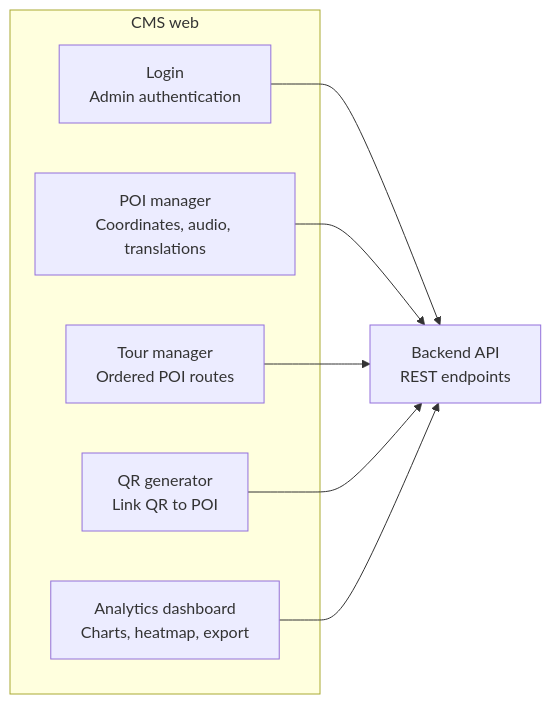
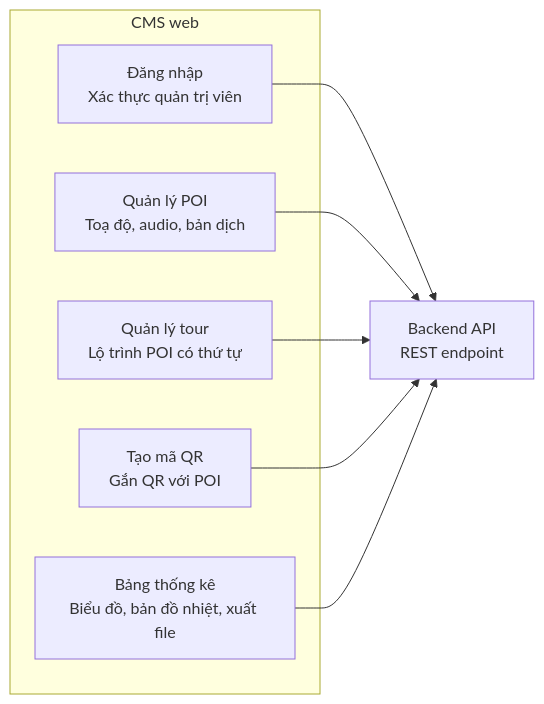
Before and after one commit to AiraLeFatale/CongNghePhanMem_Project: the fourth of 6 diagrams in README.md, drawn with Mermaid. The commit also changed other lines of this file and 11 other files, not shown here.

````diff
--- a/README.md
+++ b/README.md
@@ -116,17 +118,17 @@
 ```mermaid
 flowchart LR
     subgraph CMS["CMS web"]
-        LOGIN["Login<br/>Admin authentication"]
-        POI["POI manager<br/>Coordinates, audio, translations"]
-        TOUR["Tour manager<br/>Ordered POI routes"]
-        QRGEN["QR generator<br/>Link QR to POI"]
-        DASH["Analytics dashboard<br/>Charts, heatmap, export"]
+        LOGIN["Đăng nhập<br/>Xác thực quản trị viên"]
+        POI["Quản lý POI<br/>Toạ độ, audio, bản dịch"]
+        TOUR["Quản lý tour<br/>Lộ trình POI có thứ tự"]
+        QRGEN["Tạo mã QR<br/>Gắn QR với POI"]
+        DASH["Bảng thống kê<br/>Biểu đồ, bản đồ nhiệt, xuất file"]
     end
-    API["Backend API<br/>REST endpoints"]
+    API["Backend API<br/>REST endpoint"]
 
     LOGIN --> API
     POI --> API
     TOUR --> API
     QRGEN --> API
     DASH --> API
 ```
````
